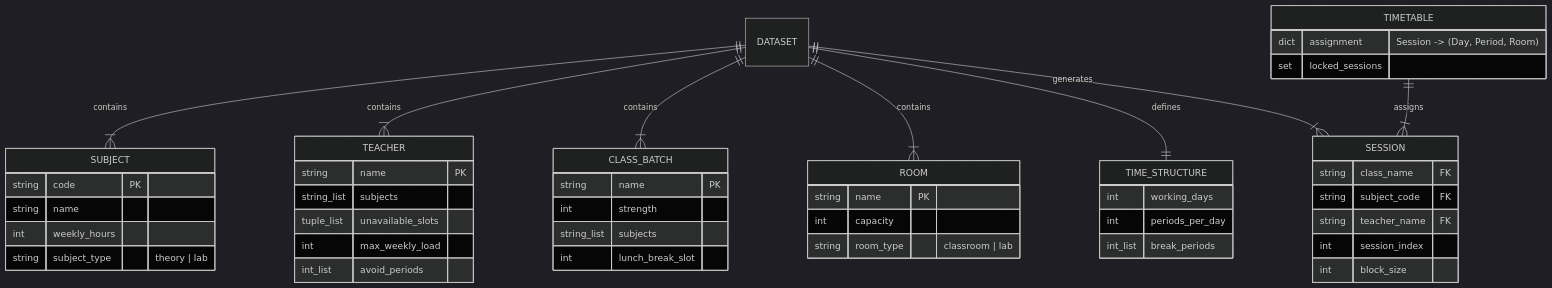
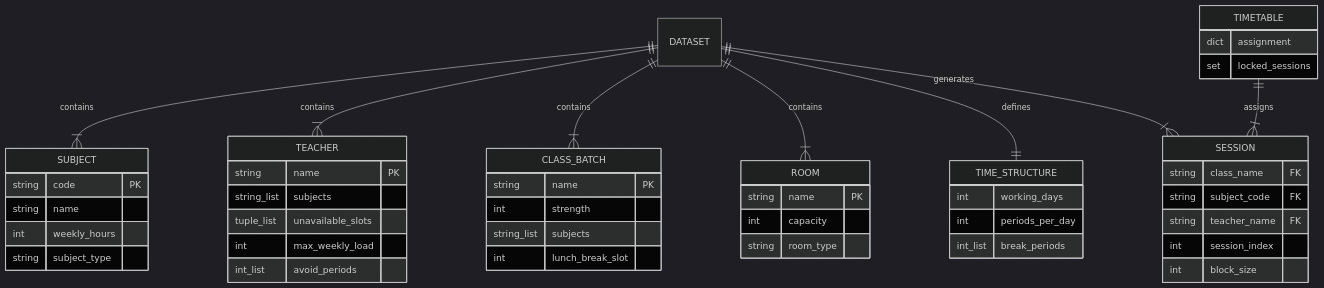
One commit to 2025kuad3014-bit/timetable-scheduler changed the third of 3 diagrams in README.md. Above: the diagram before and after it, drawn with Mermaid (dark theme). The commit also changed other lines of this file, not shown here.

Commit message:
Docs: Fix Mermaid diagram syntax and KaTeX math notation for GitHub rendering

````diff
--- a/README.md
+++ b/README.md
@@ -357,51 +357,51 @@
 ```mermaid
 erDiagram
     DATASET ||--|{ SUBJECT : contains
     DATASET ||--|{ TEACHER : contains
     DATASET ||--|{ CLASS_BATCH : contains
     DATASET ||--|{ ROOM : contains
     DATASET ||--|| TIME_STRUCTURE : defines
     DATASET ||--|{ SESSION : generates
     TIMETABLE ||--|{ SESSION : assigns
 
     SUBJECT {
         string code PK
         string name
         int weekly_hours
-        string subject_type "theory | lab"
+        string subject_type
     }
     TEACHER {
         string name PK
         string_list subjects
         tuple_list unavailable_slots
         int max_weekly_load
         int_list avoid_periods
     }
     CLASS_BATCH {
         string name PK
         int strength
         string_list subjects
         int lunch_break_slot
     }
     ROOM {
         string name PK
         int capacity
-        string room_type "classroom | lab"
+        string room_type
     }
     TIME_STRUCTURE {
         int working_days
         int periods_per_day
         int_list break_periods
     }
     SESSION {
         string class_name FK
         string subject_code FK
         string teacher_name FK
         int session_index
         int block_size
     }
     TIMETABLE {
-        dict assignment "Session -> (Day, Period, Room)"
+        dict assignment
         set locked_sessions
     }
 ```
````
